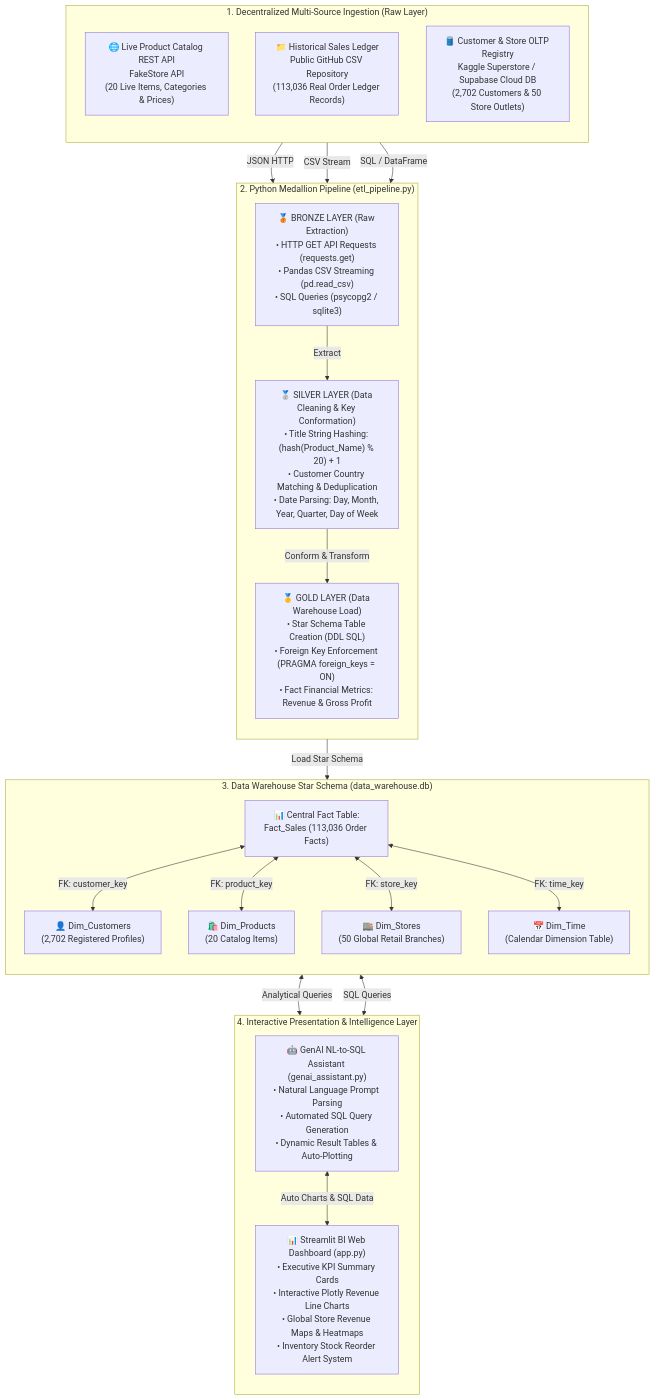
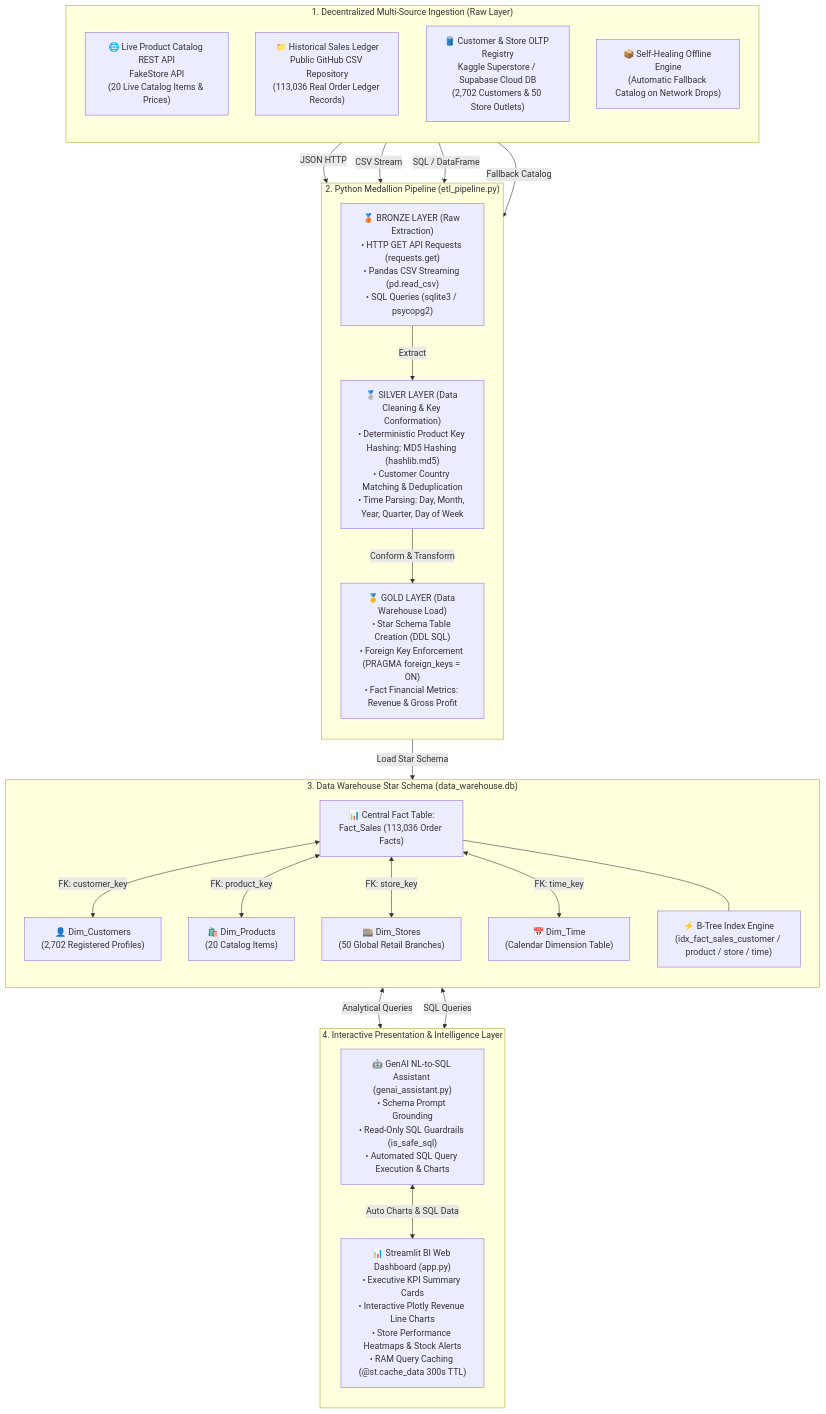
One commit to Jerinarch/Smart-Retail-Sytem changed the first of 2 diagrams in DATA_SOURCES_EXPLAINED.md. Above: the diagram before and after it, drawn with Mermaid. The commit also changed 1 other file, not shown here.

Commit message:
docs: update system architecture flowcharts in README.md and DATA_SOURCES_EXPLAINED.md to reflect current MD5 key hashing, B-Tree indexing, self-healing fallbacks, and security guardrails

````diff
--- a/DATA_SOURCES_EXPLAINED.md
+++ b/DATA_SOURCES_EXPLAINED.md
@@ -21,48 +21,52 @@
 ```mermaid
 flowchart TD
     subgraph S ["1. Decentralized Multi-Source Ingestion (Raw Layer)"]
         direction TB
-        S1["🌐 Live Product Catalog REST API<br/>FakeStore API<br/>(20 Live Items, Categories & Prices)"]
+        S1["🌐 Live Product Catalog REST API<br/>FakeStore API<br/>(20 Live Catalog Items & Prices)"]
         S2["📁 Historical Sales Ledger<br/>Public GitHub CSV Repository<br/>(113,036 Real Order Ledger Records)"]
         S3["🛢️ Customer & Store OLTP Registry<br/>Kaggle Superstore / Supabase Cloud DB<br/>(2,702 Customers & 50 Store Outlets)"]
+        S4["📦 Self-Healing Offline Engine<br/>(Automatic Fallback Catalog on Network Drops)"]
     end
 
     subgraph ETL ["2. Python Medallion Pipeline (etl_pipeline.py)"]
         direction TB
-        B["🥉 BRONZE LAYER (Raw Extraction)<br/>• HTTP GET API Requests (requests.get)<br/>• Pandas CSV Streaming (pd.read_csv)<br/>• SQL Queries (psycopg2 / sqlite3)"]
+        B["🥉 BRONZE LAYER (Raw Extraction)<br/>• HTTP GET API Requests (requests.get)<br/>• Pandas CSV Streaming (pd.read_csv)<br/>• SQL Queries (sqlite3 / psycopg2)"]
         
-        Si["🥈 SILVER LAYER (Data Cleaning & Key Conformation)<br/>• Title String Hashing: (hash(Product_Name) % 20) + 1<br/>• Customer Country Matching & Deduplication<br/>• Date Parsing: Day, Month, Year, Quarter, Day of Week"]
+        Si["🥈 SILVER LAYER (Data Cleaning & Key Conformation)<br/>• Deterministic Product Key Hashing: MD5 Hashing (hashlib.md5)<br/>• Customer Country Matching & Deduplication<br/>• Time Parsing: Day, Month, Year, Quarter, Day of Week"]
         
         G["🥇 GOLD LAYER (Data Warehouse Load)<br/>• Star Schema Table Creation (DDL SQL)<br/>• Foreign Key Enforcement (PRAGMA foreign_keys = ON)<br/>• Fact Financial Metrics: Revenue & Gross Profit"]
         
         B -->|Extract| Si -->|Conform & Transform| G
     end
 
     subgraph DW ["3. Data Warehouse Star Schema (data_warehouse.db)"]
         direction TB
         FACT["📊 Central Fact Table:<br/>Fact_Sales (113,036 Order Facts)"]
         DIM1["👤 Dim_Customers<br/>(2,702 Registered Profiles)"]
         DIM2["🛍️ Dim_Products<br/>(20 Catalog Items)"]
         DIM3["🏬 Dim_Stores<br/>(50 Global Retail Branches)"]
         DIM4["📅 Dim_Time<br/>(Calendar Dimension Table)"]
+        IDX["⚡ B-Tree Index Engine<br/>(idx_fact_sales_customer / product / store / time)"]
         
         FACT <-->|FK: customer_key| DIM1
         FACT <-->|FK: product_key| DIM2
         FACT <-->|FK: store_key| DIM3
         FACT <-->|FK: time_key| DIM4
+        FACT --- IDX
     end
 
     subgraph UI ["4. Interactive Presentation & Intelligence Layer"]
         direction TB
-        DASH["📊 Streamlit BI Web Dashboard (app.py)<br/>• Executive KPI Summary Cards<br/>• Interactive Plotly Revenue Line Charts<br/>• Global Store Revenue Maps & Heatmaps<br/>• Inventory Stock Reorder Alert System"]
-        AI["🤖 GenAI NL-to-SQL Assistant (genai_assistant.py)<br/>• Natural Language Prompt Parsing<br/>• Automated SQL Query Generation<br/>• Dynamic Result Tables & Auto-Plotting"]
+        DASH["📊 Streamlit BI Web Dashboard (app.py)<br/>• Executive KPI Summary Cards<br/>• Interactive Plotly Revenue Line Charts<br/>• Store Performance Heatmaps & Stock Alerts<br/>• RAM Query Caching (@st.cache_data 300s TTL)"]
+        AI["🤖 GenAI NL-to-SQL Assistant (genai_assistant.py)<br/>• Schema Prompt Grounding<br/>• Read-Only SQL Guardrails (is_safe_sql)<br/>• Automated SQL Query Execution & Charts"]
     end
 
     S1 -->|JSON HTTP| B
     S2 -->|CSV Stream| B
     S3 -->|SQL / DataFrame| B
+    S4 -->|Fallback Catalog| B
     G -->|Load Star Schema| DW
     DW <-->|Analytical Queries| DASH
     DW <-->|SQL Queries| AI
     AI <-->|Auto Charts & SQL Data| DASH
 ```
````
